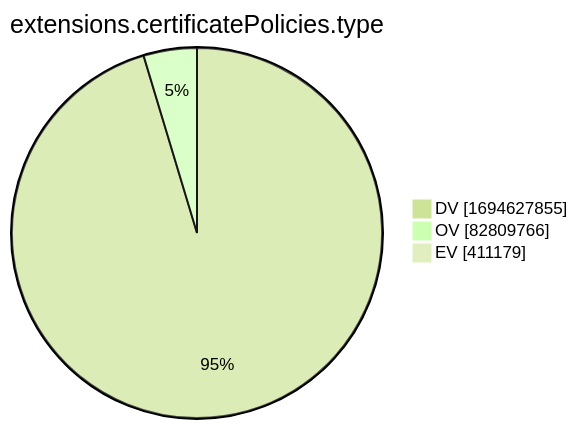
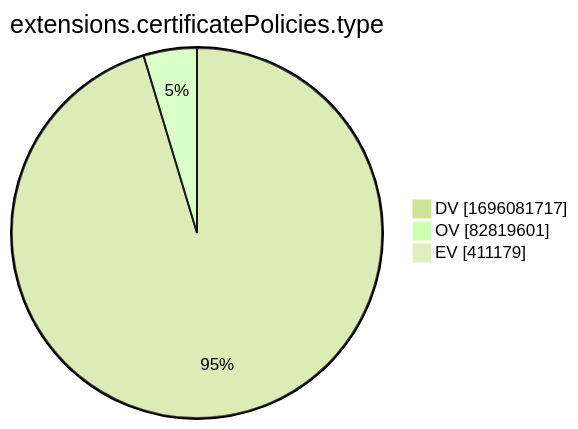
The tenth of 15 diagrams in xenon2022/README.md (christiankrug/ctmonitor_visualization), drawn with Mermaid (forest theme) before and after one commit. The commit also changed other lines of this file, not shown here.

````diff
--- a/xenon2022/README.md
+++ b/xenon2022/README.md
@@ -2881,7 +2881,7 @@
 ```mermaid
 pie showData
 title extensions.certificatePolicies.type
-"DV" :1694627855
-"OV" :82809766
+"DV" :1696081717
+"OV" :82819601
 "EV" :411179
 ```
````
